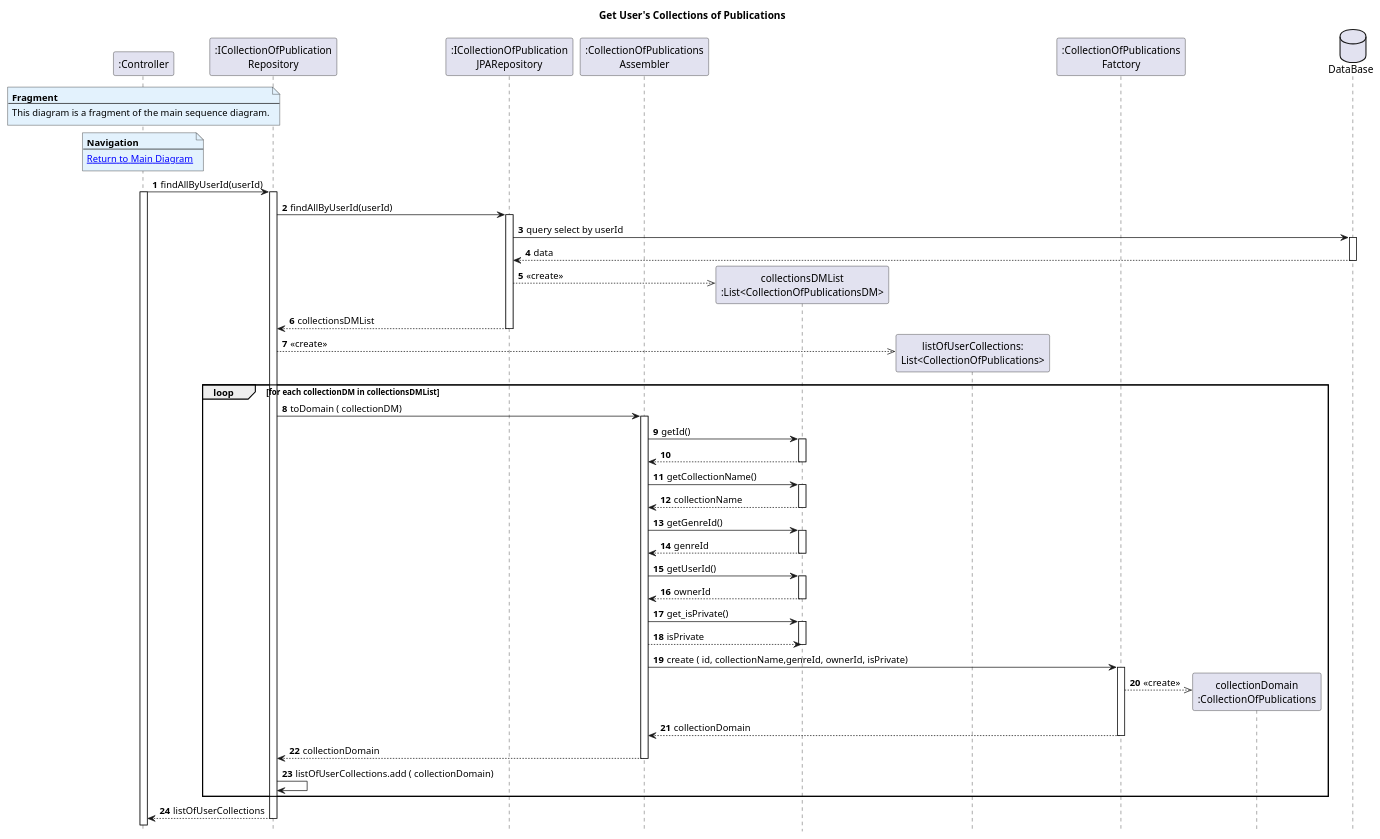
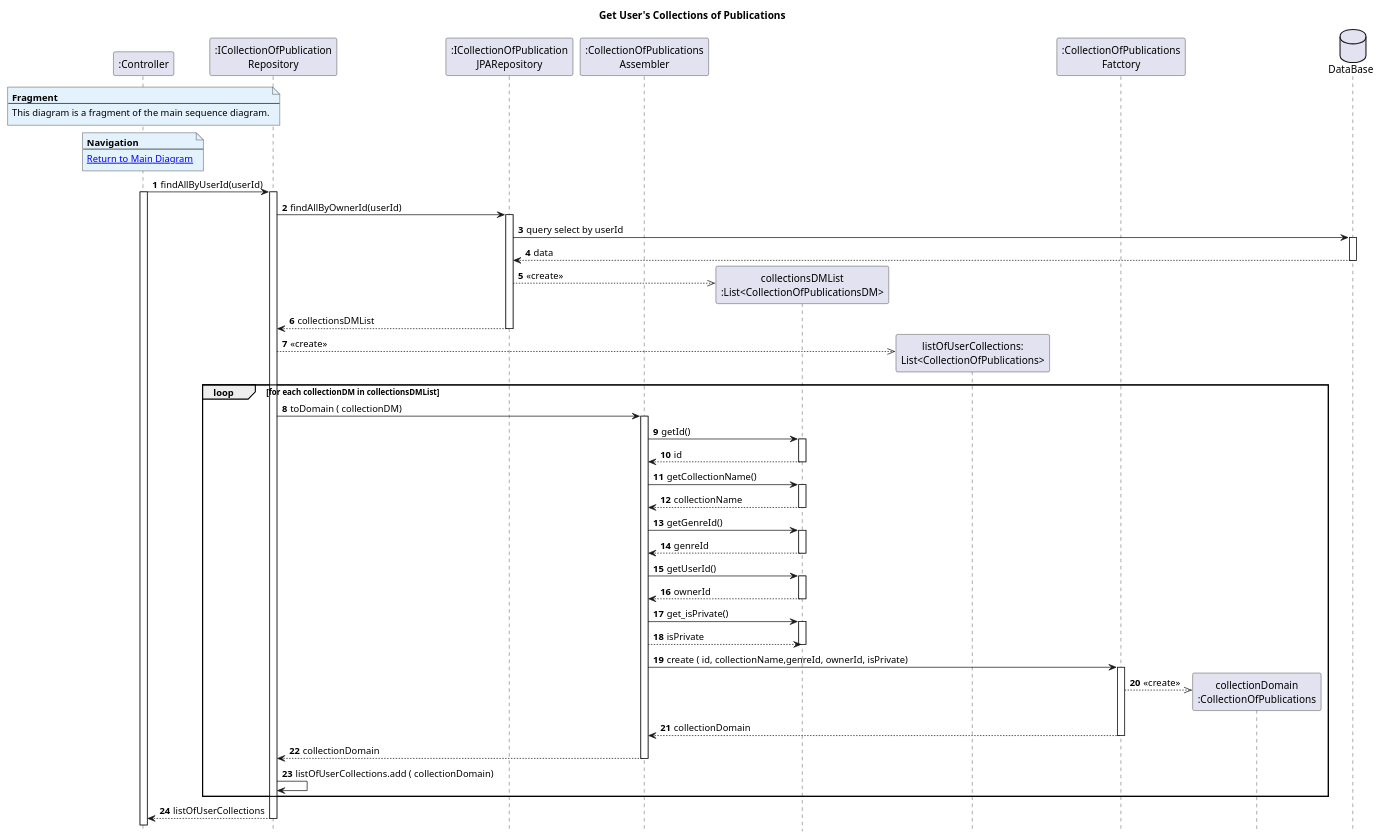
One commit to AndrePereiraGitH/SWitCH-Project-Team_A changed the diagram in Diagrams/SequenceDiagrams/N2/To-publicly-share-collection-of-publications/2.Get-user-collections.puml. Above: the diagram before and after it, drawn with PlantUML. The commit also changed 4 other files, not shown here.

```diff
--- a/Diagrams/SequenceDiagrams/N2/To-publicly-share-collection-of-publications/2.Get-user-collections.puml
+++ b/Diagrams/SequenceDiagrams/N2/To-publicly-share-collection-of-publications/2.Get-user-collections.puml
@@ -1,111 +1,111 @@
 @startuml
 
 hide footbox
 autonumber
 
 
 title Get User's Collections of Publications
 
 
 participant ":Controller" as Controller
 participant ":ICollectionOfPublication\nRepository" as CollectionRepository
 participant ":ICollectionOfPublication\nJPARepository" as collectionRepositoryJPA
 participant ":CollectionOfPublications\nAssembler" as collectionAssembler
 participant "collectionsDMList\n:List<CollectionOfPublicationsDM>" as collectionsDM
 
 participant "listOfUserCollections:\nList<CollectionOfPublications>" as LUC
 
 participant ":CollectionOfPublications\nFatctory" as collectionsFactory
 
 participant "collectionDomain\n:CollectionOfPublications" as collectionDomain
 
 
 database DataBase as db
 
 note over Controller #E3F2FD
 <b>Fragment</b>
 ---
 This diagram is a fragment of the main sequence diagram.
 end note
 
 note over Controller #E3F2FD
 <b>Navigation</b>
 ---
 [[Main-diagram-To-publicly-share-a-list.puml Return to Main Diagram]]
 end note
 
 ' == Section 1 - get user colllections ==
 
 
 Controller -> CollectionRepository: findAllByUserId(userId)
 activate Controller
 activate CollectionRepository
-CollectionRepository -> collectionRepositoryJPA : findAllByUserId(userId)
+CollectionRepository -> collectionRepositoryJPA : findAllByOwnerId(userId)
 
 activate collectionRepositoryJPA
 collectionRepositoryJPA -> db : query select by userId
 activate db
 db --> collectionRepositoryJPA : data
 deactivate db
 
 collectionRepositoryJPA -->> collectionsDM** : <<create>>
 collectionRepositoryJPA --> CollectionRepository : collectionsDMList
 
 deactivate collectionRepositoryJPA
 
 '---CONVERT FROM DATA MODEL TO DOMAIN
 
 CollectionRepository -->> LUC ** : «create»
 
 loop for each collectionDM in collectionsDMList
 CollectionRepository -> collectionAssembler : toDomain ( collectionDM)
 activate collectionAssembler
 
 
 collectionAssembler -> collectionsDM : getId()
 activate collectionsDM
-collectionsDM --> collectionAssembler
+collectionsDM --> collectionAssembler : id
 deactivate collectionsDM
 
 collectionAssembler -> collectionsDM : getCollectionName()
 activate collectionsDM
 collectionsDM --> collectionAssembler  : collectionName
 deactivate collectionsDM
 
 collectionAssembler -> collectionsDM : getGenreId()
 activate collectionsDM
 collectionsDM --> collectionAssembler : genreId
 deactivate collectionsDM
 
 collectionAssembler -> collectionsDM : getUserId()
 activate collectionsDM
 collectionsDM --> collectionAssembler : ownerId
 deactivate collectionsDM
 
 collectionAssembler -> collectionsDM : get_isPrivate()
 activate collectionsDM
 collectionAssembler --> collectionsDM : isPrivate
 deactivate collectionsDM
 
 collectionAssembler -> collectionsFactory : create ( id, collectionName,genreId, ownerId, isPrivate)
 activate collectionsFactory
 
 collectionsFactory -->> collectionDomain** : <<create>>
 
 collectionsFactory --> collectionAssembler : collectionDomain
 deactivate collectionsFactory
 collectionAssembler --> CollectionRepository : collectionDomain
 
 deactivate collectionAssembler
 
 CollectionRepository -> CollectionRepository : listOfUserCollections.add ( collectionDomain)
 end
 
 
 CollectionRepository --> Controller: listOfUserCollections
 deactivate CollectionRepository
 
 
 
 
 @enduml
```
